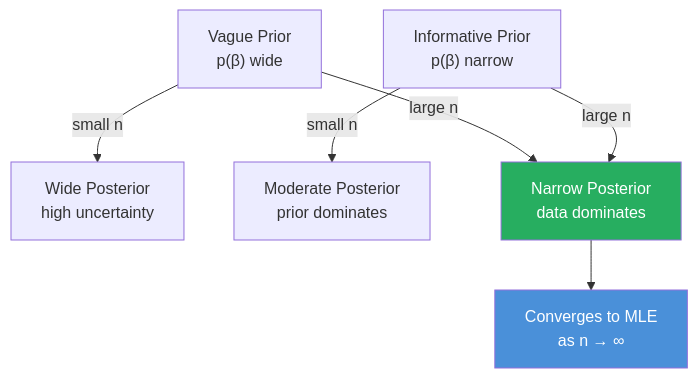
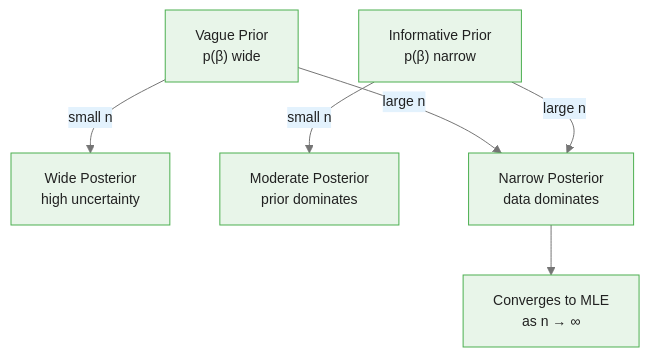
One commit to m-deane/course-creator changed the second of 3 diagrams in courses/bayesian-commodity-forecasting/modules/module_01_bayesian_fundamentals/guides/03_bayesian_regression_slides.md. Above: the diagram before and after it, drawn with Mermaid. The commit also changed other lines of this file and 104 other files, not shown here.

````diff
--- a/courses/bayesian-commodity-forecasting/modules/module_01_bayesian_fundamentals/guides/03_bayesian_regression_slides.md
+++ b/courses/bayesian-commodity-forecasting/modules/module_01_bayesian_fundamentals/guides/03_bayesian_regression_slides.md
@@ -142,10 +157,9 @@
 ```mermaid
+%%{init: {"theme": "base", "themeVariables": {"primaryColor": "#e8f5e9", "primaryBorderColor": "#4caf50", "primaryTextColor": "#212121", "secondaryColor": "#e3f2fd", "tertiaryColor": "#fff8e1", "lineColor": "#757575", "fontFamily": "Inter, sans-serif", "fontSize": "14px"}}}%%
 flowchart TD
     VP["Vague Prior\np(β) wide"] -->|"small n"| WP["Wide Posterior\nhigh uncertainty"]
     IP["Informative Prior\np(β) narrow"] -->|"small n"| MP["Moderate Posterior\nprior dominates"]
     VP -->|"large n"| NP["Narrow Posterior\ndata dominates"]
     IP -->|"large n"| NP
     NP --> MLE["Converges to MLE\nas n → ∞"]
-    style NP fill:#27ae60,color:#fff
-    style MLE fill:#4a90d9,color:#fff
 ```
````
